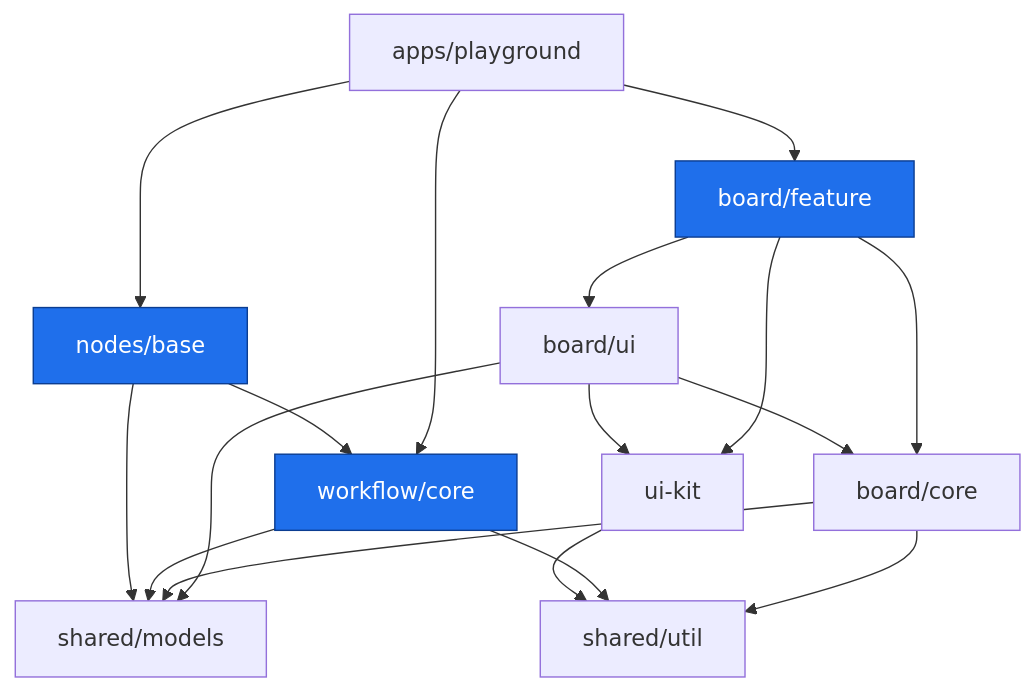
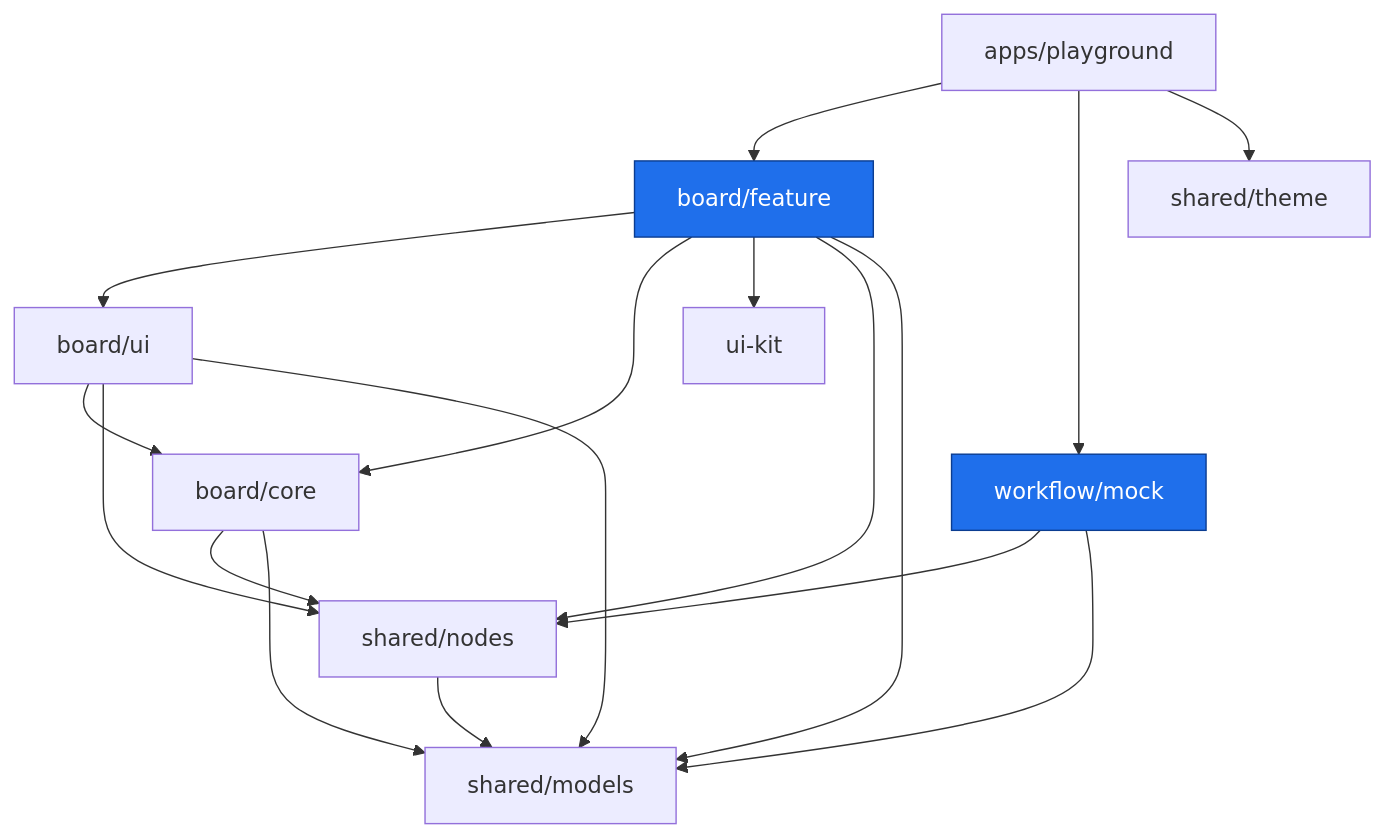
One commit to tsai-tech/pipeline-editor changed the diagram in ARCHITECTURE.md. Above: the diagram before and after it, drawn with Mermaid. The commit also changed other lines of this file and 1 other file, not shown here.

First line of the commit message:
docs(architecture): rewrite ARCHITECTURE.md to match reality

````diff
--- a/ARCHITECTURE.md
+++ b/ARCHITECTURE.md
@@ -77,27 +77,27 @@
 ```mermaid
 graph TD
   playground[apps/playground] --> boardFeature[board/feature]
-  playground --> nodesBase[nodes/base]
-  playground --> workflowCore[workflow/core]
+  playground --> mock[workflow/mock]
+  playground --> theme[shared/theme]
 
   boardFeature --> boardUi[board/ui]
   boardFeature --> boardCore[board/core]
   boardFeature --> uiKit[ui-kit]
+  boardFeature --> nodes[shared/nodes]
+  boardFeature --> models[shared/models]
 
   boardUi --> boardCore
-  boardUi --> uiKit
-  boardUi --> models[shared/models]
+  boardUi --> nodes
+  boardUi --> models
 
+  boardCore --> nodes
   boardCore --> models
-  boardCore --> util[shared/util]
 
-  workflowCore --> models
-  workflowCore --> util
-  nodesBase --> workflowCore
-  nodesBase --> models
+  mock --> nodes
+  mock --> models
 
-  uiKit --> util
+  nodes --> models
 
   classDef pub fill:#1f6feb,stroke:#0b3d91,color:#fff;
-  class boardFeature,workflowCore,nodesBase pub;
+  class boardFeature,mock pub;
 ```
````
